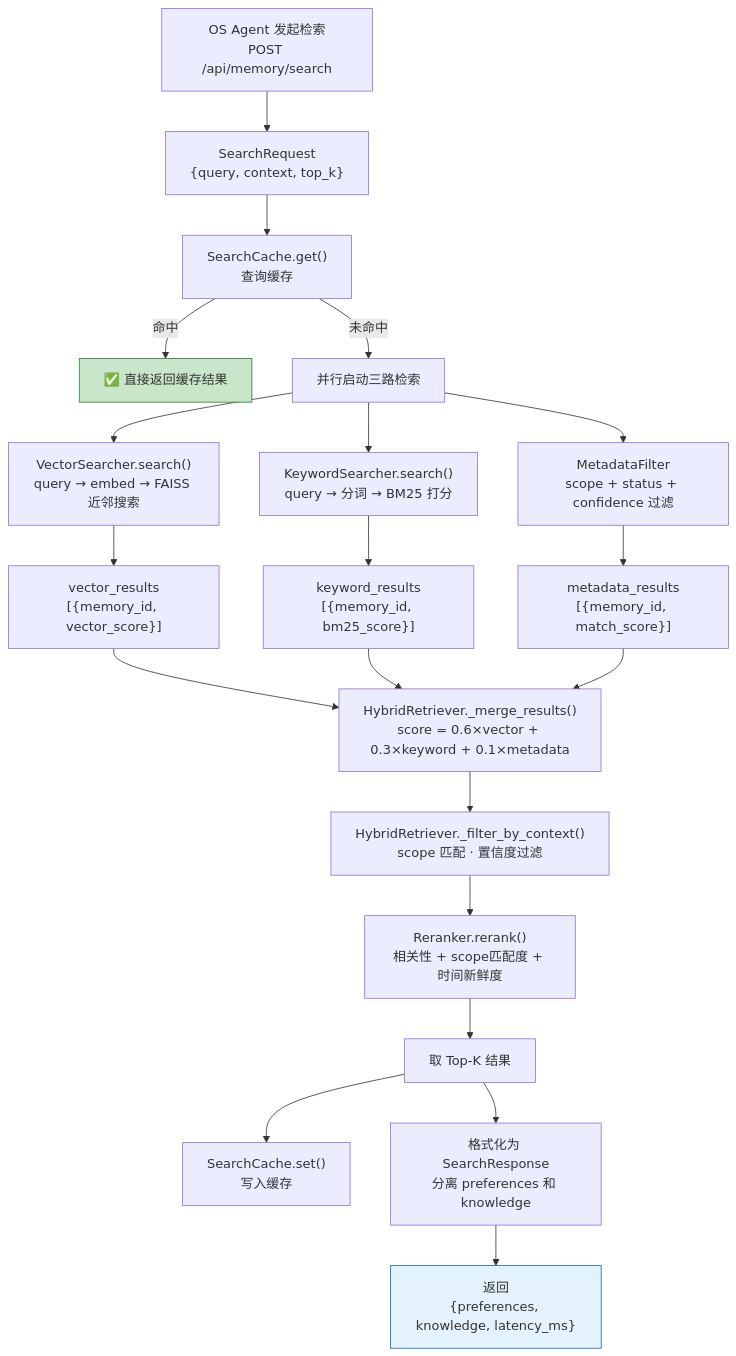
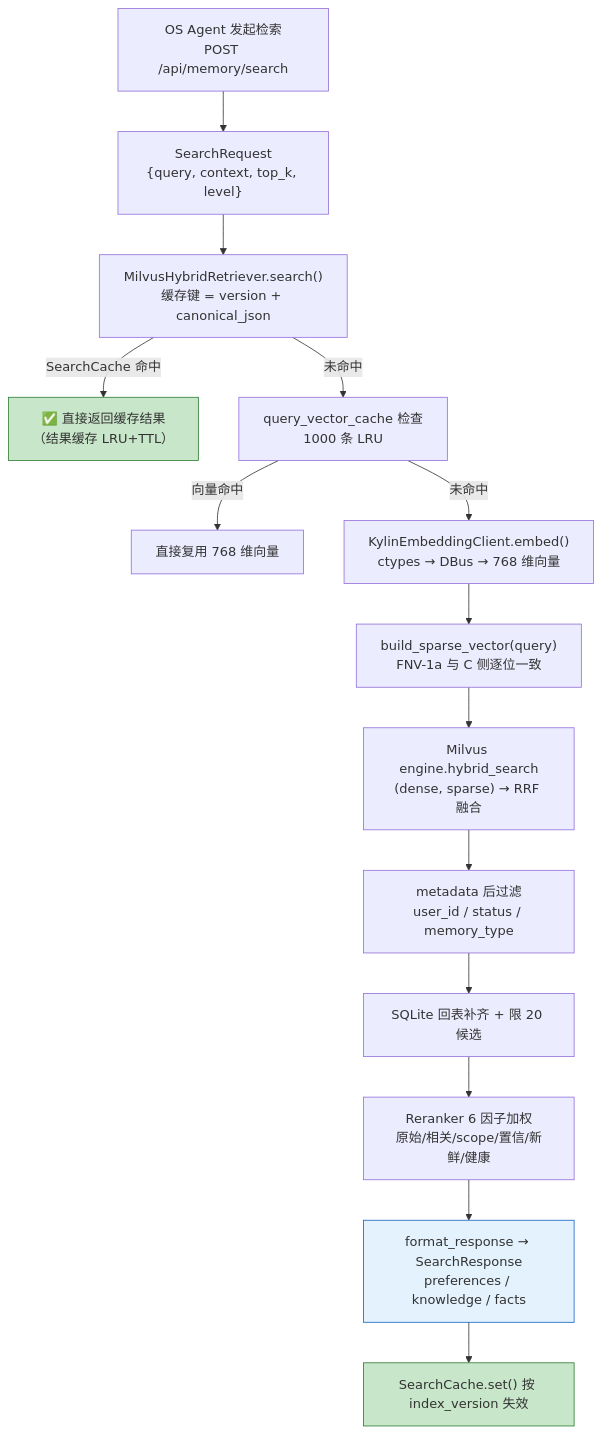
Before and after one commit to pyzw618/XA202612-2: the third of 14 diagrams in docs/ARCHITECTURE.md, drawn with Mermaid. The commit also changed other lines of this file and 5 other files, not shown here.

````diff
--- a/docs/ARCHITECTURE.md
+++ b/docs/ARCHITECTURE.md
@@ -208,32 +225,23 @@
 ```mermaid
 flowchart TD
-    A["OS Agent 发起检索<br/>POST /api/memory/search"] --> B["SearchRequest<br/>{query, context, top_k}"]
+    A["OS Agent 发起检索<br/>POST /api/memory/search"] --> B["SearchRequest<br/>{query, context, top_k, level}"]
 
-    B --> C["SearchCache.get()<br/>查询缓存"]
-    C -->|命中| D["✅ 直接返回缓存结果"]
-    C -->|未命中| E["并行启动三路检索"]
+    B --> C["MilvusHybridRetriever.search()<br/>缓存键 = version + canonical_json"]
+    C -->|SearchCache 命中| D["✅ 直接返回缓存结果<br/>（结果缓存 LRU+TTL）"]
+    C -->|未命中| E["query_vector_cache 检查<br/>1000 条 LRU"]
 
-    E --> F["VectorSearcher.search()<br/>query → embed → FAISS 近邻搜索"]
-    E --> G["KeywordSearcher.search()<br/>query → 分词 → BM25 打分"]
-    E --> H["MetadataFilter<br/>scope + status + confidence 过滤"]
+    E -->|向量命中| F2["直接复用 768 维向量"]
+    E -->|未命中| F["KylinEmbeddingClient.embed()<br/>ctypes → DBus → 768 维向量"]
 
-    F --> I["vector_results<br/>[{memory_id, vector_score}]"]
-    G --> J["keyword_results<br/>[{memory_id, bm25_score}]"]
-    H --> K["metadata_results<br/>[{memory_id, match_score}]"]
-
-    I --> L["HybridRetriever._merge_results()<br/>score = 0.6×vector + 0.3×keyword + 0.1×metadata"]
-    J --> L
-    K --> L
-
-    L --> M["HybridRetriever._filter_by_context()<br/>scope 匹配 · 置信度过滤"]
-    M --> N["Reranker.rerank()<br/>相关性 + scope匹配度 + 时间新鲜度"]
-
-    N --> O["取 Top-K 结果"]
-    O --> P["SearchCache.set()<br/>写入缓存"]
-    O --> Q["格式化为 SearchResponse<br/>分离 preferences 和 knowledge"]
-
-    Q --> R["返回<br/>{preferences, knowledge, latency_ms}"]
+    F --> G["build_sparse_vector(query)<br/>FNV-1a 与 C 侧逐位一致"]
+    G --> H["Milvus engine.hybrid_search<br/>(dense, sparse) → RRF 融合"]
+    H --> I["metadata 后过滤<br/>user_id / status / memory_type"]
+    I --> J["SQLite 回表补齐 + 限 20 候选"]
+    J --> K["Reranker 6 因子加权<br/>原始/相关/scope/置信/新鲜/健康"]
+    K --> L["format_response → SearchResponse<br/>preferences / knowledge / facts"]
+    L --> M["SearchCache.set() 按 index_version 失效"]
 
     style D fill:#c8e6c9,stroke:#2e7d32
-    style R fill:#e3f2fd,stroke:#1565c0
+    style M fill:#c8e6c9,stroke:#2e7d32
+    style L fill:#e3f2fd,stroke:#1565c0
 ```
````
